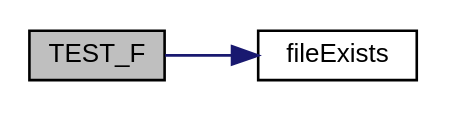
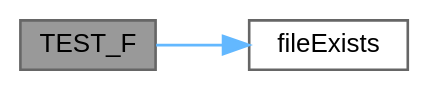
The diagram in test___equity_calculator_8cc_af2abe65f4a2af28637e1444313d81b1b_cgraph.dot (jesstyrrell/cosc345), drawn with Graphviz before and after one commit. The commit also changed 549 other files, not shown here.

```diff
--- a/test___equity_calculator_8cc_af2abe65f4a2af28637e1444313d81b1b_cgraph.dot
+++ b/test___equity_calculator_8cc_af2abe65f4a2af28637e1444313d81b1b_cgraph.dot
@@ -1,11 +1,12 @@
 digraph "TEST_F"
 {
  // INTERACTIVE_SVG=YES
  // LATEX_PDF_SIZE
-  edge [fontname="Helvetica",fontsize="10",labelfontname="Helvetica",labelfontsize="10"];
-  node [fontname="Helvetica",fontsize="10",shape=record];
+  bgcolor="transparent";
+  edge [fontname=Helvetica,fontsize=10,labelfontname=Helvetica,labelfontsize=10];
+  node [fontname=Helvetica,fontsize=10,shape=box,height=0.2,width=0.4];
   rankdir="LR";
-  Node1 [label="TEST_F",height=0.2,width=0.4,color="black", fillcolor="grey75", style="filled", fontcolor="black",tooltip=" "];
-  Node1 -> Node2 [color="midnightblue",fontsize="10",style="solid",fontname="Helvetica"];
-  Node2 [label="fileExists",height=0.2,width=0.4,color="black", fillcolor="white", style="filled",URL="$test___equity_calculator_8cc.html#afdd89841220a8b18e39e0844a833a18b",tooltip=" "];
+  Node1 [id="Node000001",label="TEST_F",height=0.2,width=0.4,color="gray40", fillcolor="grey60", style="filled", fontcolor="black",tooltip=" "];
+  Node1 -> Node2 [id="edge1_Node000001_Node000002",color="steelblue1",style="solid",tooltip=" "];
+  Node2 [id="Node000002",label="fileExists",height=0.2,width=0.4,color="grey40", fillcolor="white", style="filled",URL="$_equity_calculator_8cpp.html#afdd89841220a8b18e39e0844a833a18b",tooltip=" "];
 }
```
